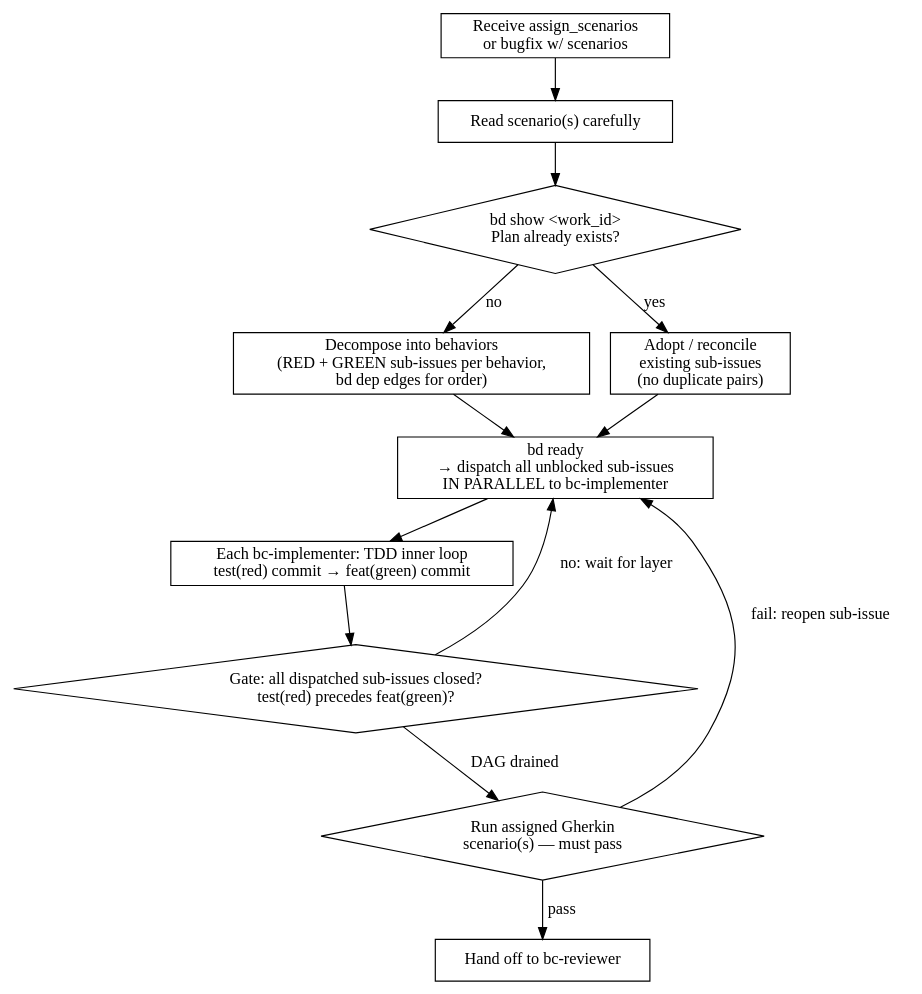
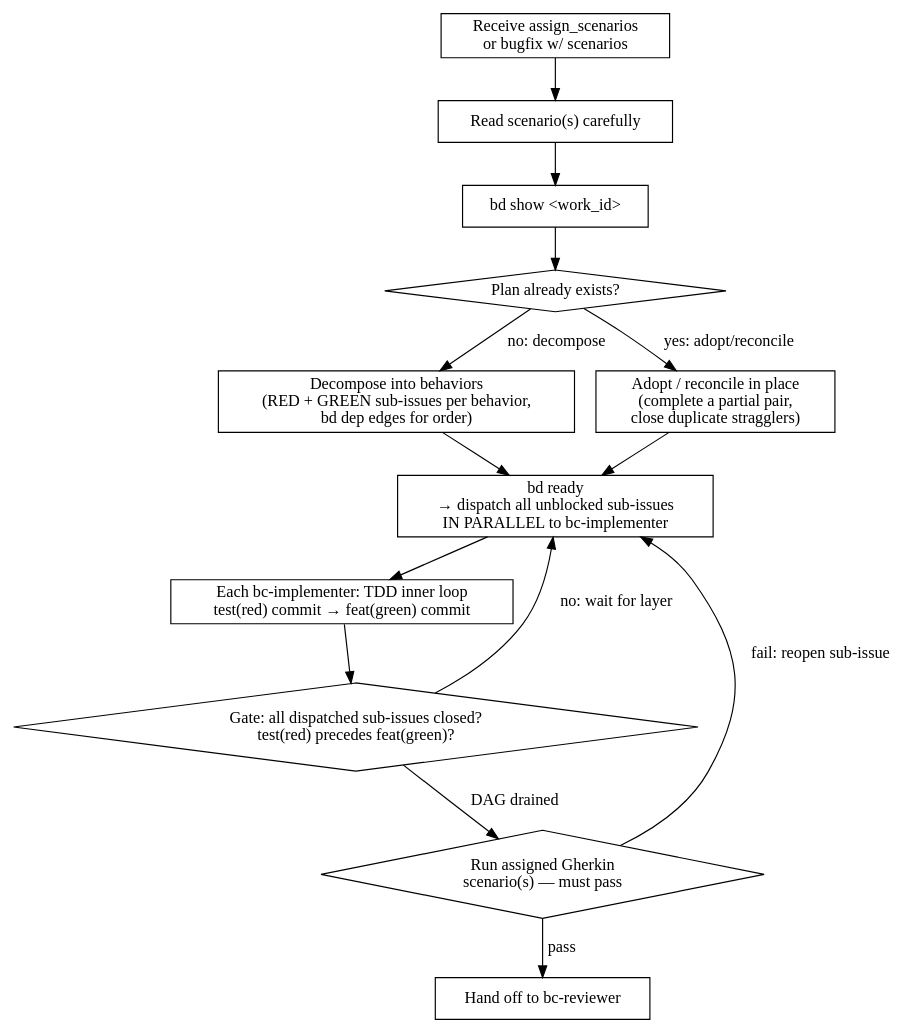
Before and after one commit to dstengle/shopsystem-scenarios: the diagram in .claude/skills/writing-plans-bdd/SKILL.md, drawn with Graphviz. The commit also changed other lines of this file and 6 other files, not shown here.

First line of the commit message:
chore: reconcile canonical-managed .claude pour + editable install (work_id: lead-cpjs)

````diff
--- a/.claude/skills/writing-plans-bdd/SKILL.md
+++ b/.claude/skills/writing-plans-bdd/SKILL.md
@@ -139,26 +138,27 @@
 ```dot
 digraph bdd_plan {
     rankdir=TB;
     assign  [label="Receive assign_scenarios\nor bugfix w/ scenarios", shape=box];
     read    [label="Read scenario(s) carefully", shape=box];
-    existing [label="bd show <work_id>\nPlan already exists?", shape=diamond];
+    show    [label="bd show <work_id>", shape=box];
+    exists  [label="Plan already exists?", shape=diamond];
     decomp  [label="Decompose into behaviors\n(RED + GREEN sub-issues per behavior,\nbd dep edges for order)", shape=box];
-    adopt   [label="Adopt / reconcile\nexisting sub-issues\n(no duplicate pairs)", shape=box];
+    recon   [label="Adopt / reconcile in place\n(complete a partial pair,\nclose duplicate stragglers)", shape=box];
     ready   [label="bd ready\n→ dispatch all unblocked sub-issues\nIN PARALLEL to bc-implementer", shape=box];
     loop    [label="Each bc-implementer: TDD inner loop\ntest(red) commit → feat(green) commit", shape=box];
     gate    [label="Gate: all dispatched sub-issues closed?\ntest(red) precedes feat(green)?", shape=diamond];
     outer   [label="Run assigned Gherkin\nscenario(s) — must pass", shape=diamond];
     review  [label="Hand off to bc-reviewer", shape=box];
 
-    assign -> read -> existing;
-    existing -> decomp [label="no"];
-    existing -> adopt  [label="yes"];
+    assign -> read -> show -> exists;
+    exists -> decomp [label="no: decompose"];
+    exists -> recon  [label="yes: adopt/reconcile"];
     decomp -> ready;
-    adopt  -> ready;
+    recon  -> ready;
     ready  -> loop -> gate;
     gate   -> ready  [label="no: wait for layer"];
     gate   -> outer  [label="DAG drained"];
     outer  -> review [label="pass"];
     outer  -> ready  [label="fail: reopen sub-issue"];
 }
 ```
````
